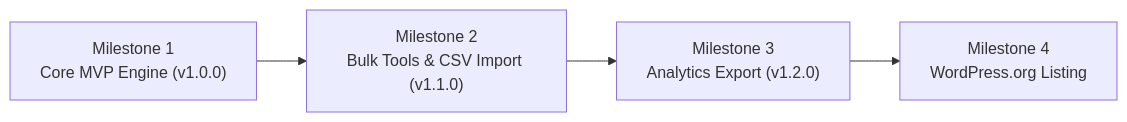
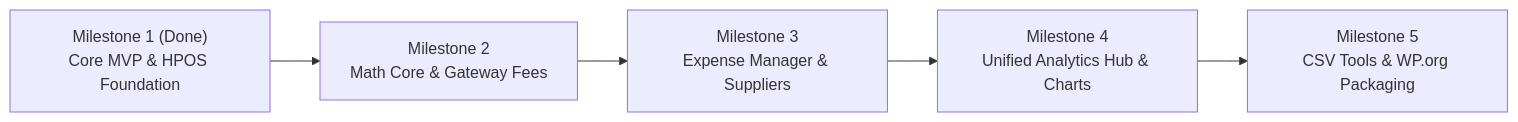
The second of 2 diagrams in TECHNICAL-FUNCTIONAL-PLAN.md (NexForge-AI/MarketPulse-Profit-Analytics-WooCommerce), drawn with Mermaid before and after one commit. The commit also changed other lines of this file, not shown here.

Commit message:
docs: expand technical and UX plan with exact financial formulas, payment gateway fee automation, expense manager, and unified analytics hub

````diff
--- a/TECHNICAL-FUNCTIONAL-PLAN.md
+++ b/TECHNICAL-FUNCTIONAL-PLAN.md
@@ -130,6 +202,7 @@
 ```mermaid
 flowchart LR
-    M1["Milestone 1<br/>Core MVP Engine (v1.0.0)"] --> M2["Milestone 2<br/>Bulk Tools & CSV Import (v1.1.0)"]
-    M2 --> M3["Milestone 3<br/>Analytics Export (v1.2.0)"]
-    M3 --> M4["Milestone 4<br/>WordPress.org Listing"]
+    Phase1["Milestone 1 (Done)<br/>Core MVP & HPOS Foundation"] --> Phase2["Milestone 2<br/>Math Core & Gateway Fees"]
+    Phase2 --> Phase3["Milestone 3<br/>Expense Manager & Suppliers"]
+    Phase3 --> Phase4["Milestone 4<br/>Unified Analytics Hub & Charts"]
+    Phase4 --> Phase5["Milestone 5<br/>CSV Tools & WP.org Packaging"]
 ```
````
